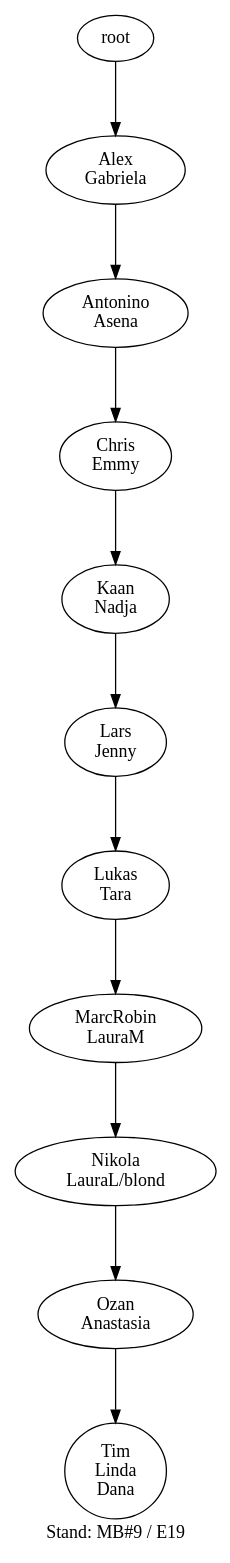
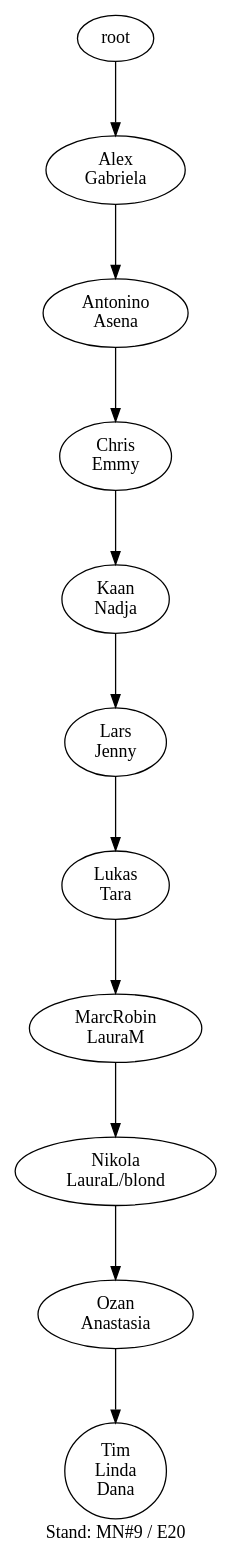
Before and after one commit to atticus-sullivan/sim-ayto: the diagram in data/de04r/de04r_18_tree.dot, drawn with Graphviz. The commit also changed 88 other files, not shown here.

```diff
--- a/data/de04r/de04r_18_tree.dot
+++ b/data/de04r/de04r_18_tree.dot
@@ -1,22 +1,22 @@
-digraph D { labelloc="b"; label="Stand: MB#9 / E19"; ranksep=0.8;
+digraph D { labelloc="b"; label="Stand: MN#9 / E20"; ranksep=0.8;
 "root/3"[label="Alex\nGabriela"]
 "root" -> "root/3";
 "root/3/1"[label="Antonino\nAsena"]
 "root/3" -> "root/3/1";
 "root/3/1/2"[label="Chris\nEmmy"]
 "root/3/1" -> "root/3/1/2";
 "root/3/1/2/8"[label="Kaan\nNadja"]
 "root/3/1/2" -> "root/3/1/2/8";
 "root/3/1/2/8/4"[label="Lars\nJenny"]
 "root/3/1/2/8" -> "root/3/1/2/8/4";
 "root/3/1/2/8/4/9"[label="Lukas\nTara"]
 "root/3/1/2/8/4" -> "root/3/1/2/8/4/9";
 "root/3/1/2/8/4/9/6"[label="MarcRobin\nLauraM"]
 "root/3/1/2/8/4/9" -> "root/3/1/2/8/4/9/6";
 "root/3/1/2/8/4/9/6/5"[label="Nikola\nLauraL/blond"]
 "root/3/1/2/8/4/9/6" -> "root/3/1/2/8/4/9/6/5";
 "root/3/1/2/8/4/9/6/5/0"[label="Ozan\nAnastasia"]
 "root/3/1/2/8/4/9/6/5" -> "root/3/1/2/8/4/9/6/5/0";
 "root/3/1/2/8/4/9/6/5/0/7,10"[label="Tim\nLinda\nDana"]
 "root/3/1/2/8/4/9/6/5/0" -> "root/3/1/2/8/4/9/6/5/0/7,10";
 }
```
